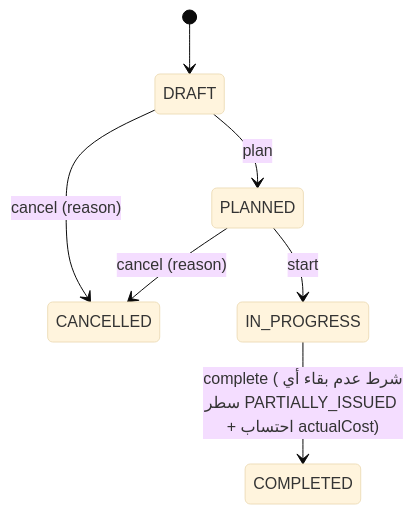
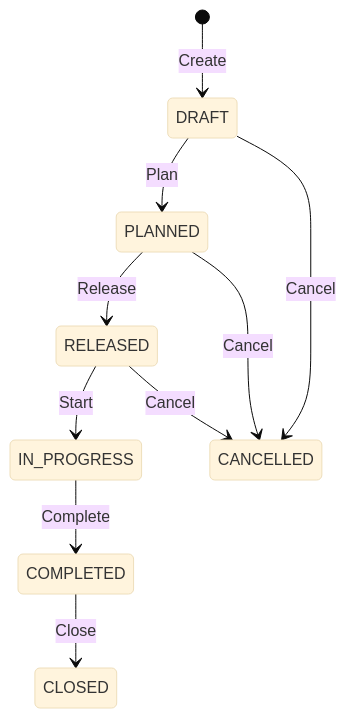
One commit to attef7474-byte/ATsoftERP changed the fifth of 9 diagrams in docs/proofs/atsofterp-current-architecture-discovery-report.md. Above: the diagram before and after it, drawn with Mermaid (base theme). The commit also changed other lines of this file and 142 other files, not shown here.

````diff
--- a/docs/proofs/atsofterp-current-architecture-discovery-report.md
+++ b/docs/proofs/atsofterp-current-architecture-discovery-report.md
@@ -570,9 +773,12 @@
 ```mermaid
 stateDiagram-v2
-    [*] --> DRAFT
-    DRAFT --> PLANNED: plan
-    DRAFT --> CANCELLED: cancel (reason)
-    PLANNED --> IN_PROGRESS: start
-    PLANNED --> CANCELLED: cancel (reason)
-    IN_PROGRESS --> COMPLETED: complete (شرط عدم بقاء أي سطر PARTIALLY_ISSUED + احتساب actualCost)
+    [*] --> DRAFT : Create
+    DRAFT --> PLANNED : Plan
+    PLANNED --> RELEASED : Release
+    RELEASED --> IN_PROGRESS : Start
+    IN_PROGRESS --> COMPLETED : Complete
+    COMPLETED --> CLOSED : Close
+    DRAFT --> CANCELLED : Cancel
+    PLANNED --> CANCELLED : Cancel
+    RELEASED --> CANCELLED : Cancel
 ```
````
